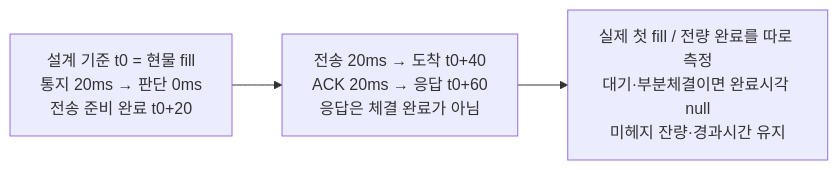
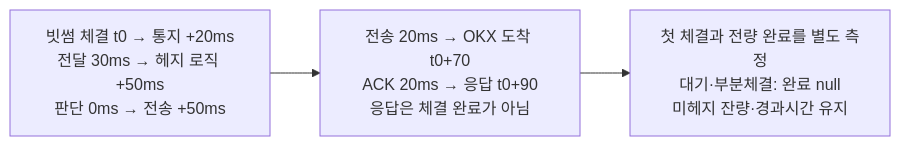
The diagram in docs/figures/hedge-latency.mmd (happysms/OMS_CLIENT), drawn with Mermaid before and after one commit. The commit also changed 11 other files, not shown here.

```diff
--- a/docs/figures/hedge-latency.mmd
+++ b/docs/figures/hedge-latency.mmd
@@ -1,7 +1,7 @@
 %% hedge-latency: 헤지 도착·응답·완료는 서로 다른 시각이다
 flowchart LR
-    N0["설계 기준 t0 = 현물 fill<br/>통지 20ms → 판단 0ms<br/>전송 준비 완료 t0+20"]
-    N1["전송 20ms → 도착 t0+40<br/>ACK 20ms → 응답 t0+60<br/>응답은 체결 완료가 아님"]
-    N2["실제 첫 fill / 전량 완료를 따로 측정<br/>대기·부분체결이면 완료시각 null<br/>미헤지 잔량·경과시간 유지"]
+    N0["빗썸 체결 t0 → 통지 +20ms<br/>전달 30ms → 헤지 로직 +50ms<br/>판단 0ms → 전송 +50ms"]
+    N1["전송 20ms → OKX 도착 t0+70<br/>ACK 20ms → 응답 t0+90<br/>응답은 체결 완료가 아님"]
+    N2["첫 체결과 전량 완료를 별도 측정<br/>대기·부분체결: 완료 null<br/>미헤지 잔량·경과시간 유지"]
     N0 --> N1
     N1 --> N2
```
